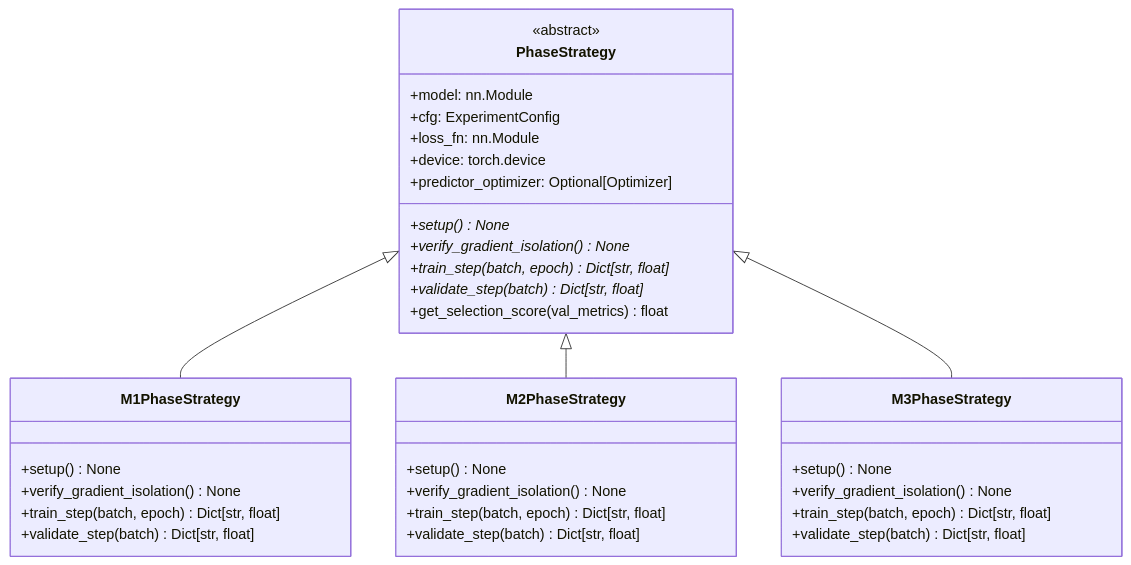
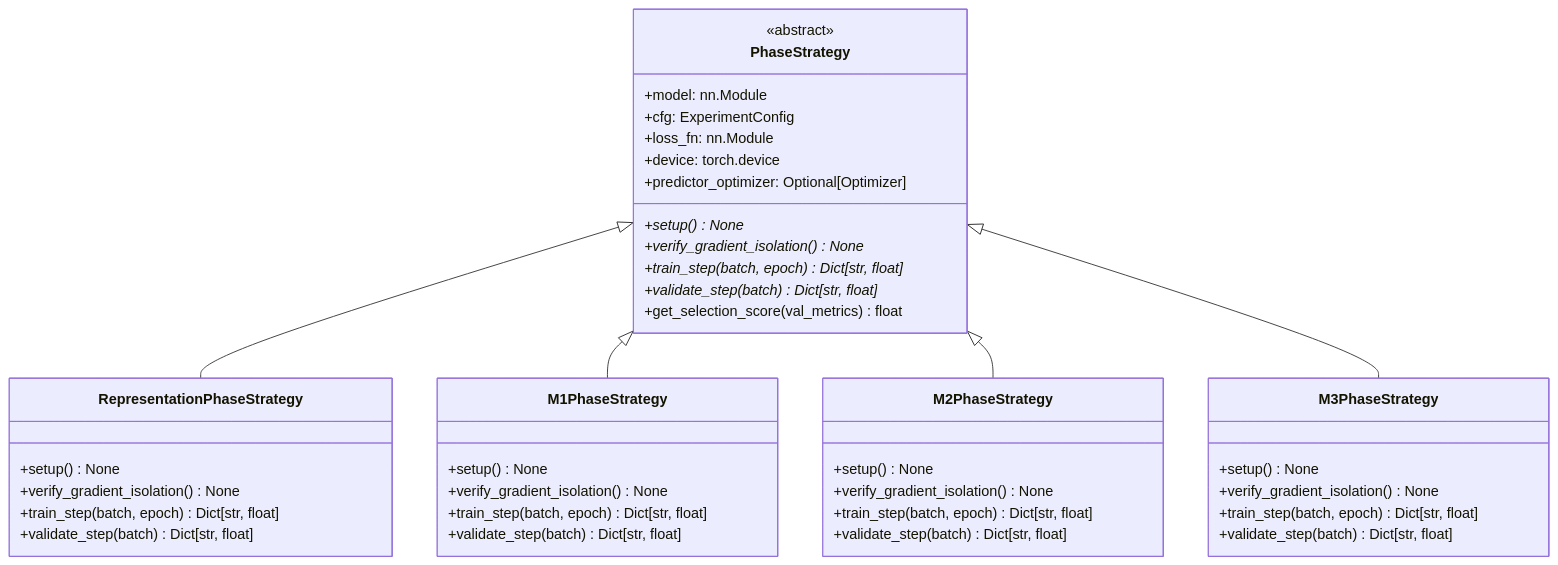
The diagram in docs/TRAINING_AND_LOSSES.md (Mattia-Maiorano/Spiking-Neural_Novelty), drawn with Mermaid before and after one commit. The commit also changed other lines of this file and 58 other files, not shown here.

````diff
--- a/docs/TRAINING_AND_LOSSES.md
+++ b/docs/TRAINING_AND_LOSSES.md
@@ -11,41 +11,49 @@
 ```mermaid
 classDiagram
     class PhaseStrategy {
         <<abstract>>
         +model: nn.Module
         +cfg: ExperimentConfig
         +loss_fn: nn.Module
         +device: torch.device
         +predictor_optimizer: Optional[Optimizer]
         +setup()* None
         +verify_gradient_isolation()* None
         +train_step(batch, epoch)* Dict[str, float]
         +validate_step(batch)* Dict[str, float]
         +get_selection_score(val_metrics) float
+    }
+
+    class RepresentationPhaseStrategy {
+        +setup() None
+        +verify_gradient_isolation() None
+        +train_step(batch, epoch) Dict[str, float]
+        +validate_step(batch) Dict[str, float]
     }
 
     class M1PhaseStrategy {
         +setup() None
         +verify_gradient_isolation() None
         +train_step(batch, epoch) Dict[str, float]
         +validate_step(batch) Dict[str, float]
     }
 
     class M2PhaseStrategy {
         +setup() None
         +verify_gradient_isolation() None
         +train_step(batch, epoch) Dict[str, float]
         +validate_step(batch) Dict[str, float]
     }
 
     class M3PhaseStrategy {
         +setup() None
         +verify_gradient_isolation() None
         +train_step(batch, epoch) Dict[str, float]
         +validate_step(batch) Dict[str, float]
     }
 
+    PhaseStrategy <|-- RepresentationPhaseStrategy
     PhaseStrategy <|-- M1PhaseStrategy
     PhaseStrategy <|-- M2PhaseStrategy
     PhaseStrategy <|-- M3PhaseStrategy
 ```
````
